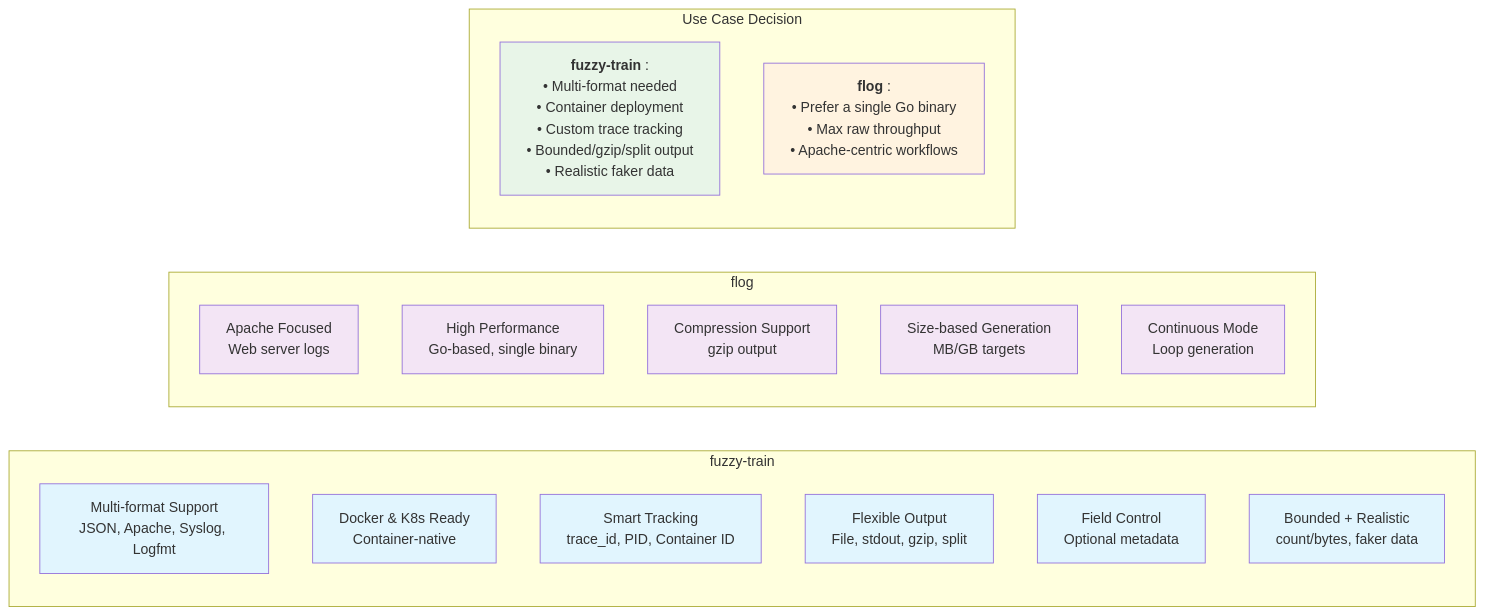
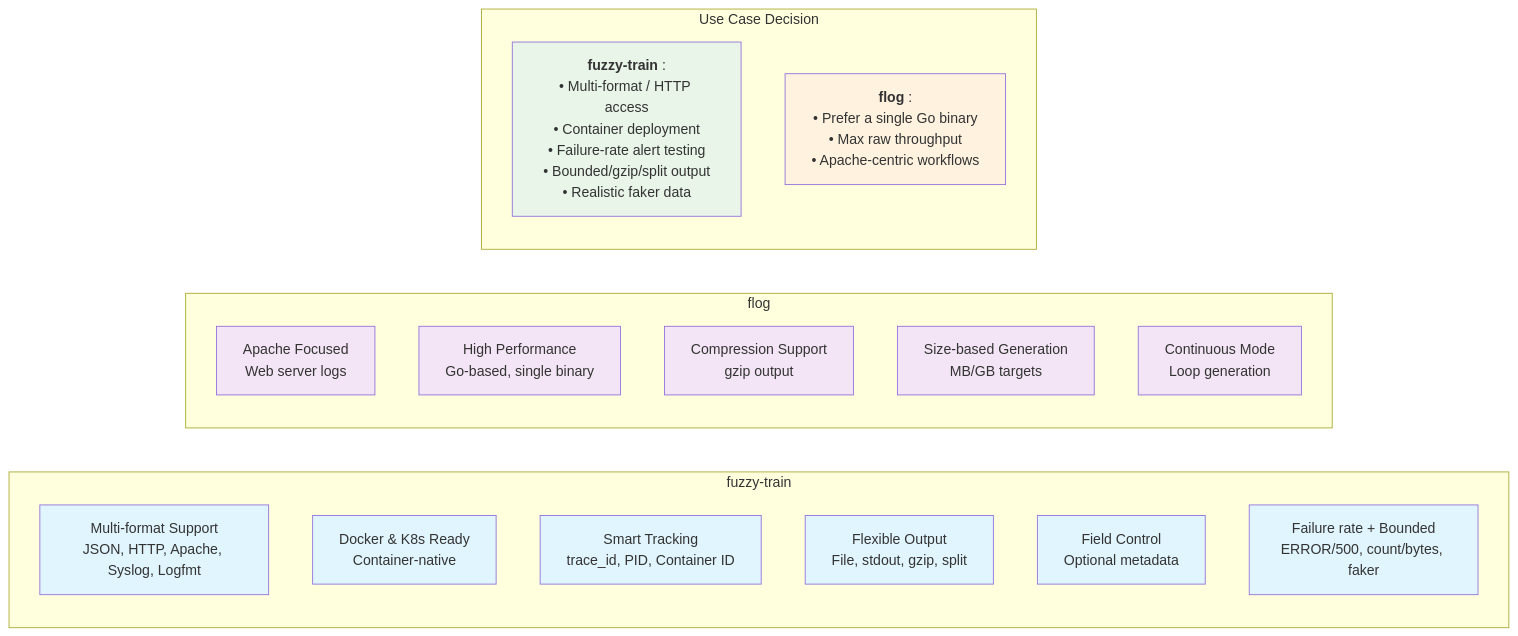
Before and after one commit to sagarnikam123/sagarnikam123.github.io: the third of 7 diagrams in _posts/2025-08-15-generate-fake-logs.md, drawn with Mermaid. The commit also changed other lines of this file, not shown here.

Commit message:
feat: failure rate & http access feature

````diff
--- a/_posts/2025-08-15-generate-fake-logs.md
+++ b/_posts/2025-08-15-generate-fake-logs.md
@@ -344,39 +367,39 @@
 ```mermaid
 graph LR
     subgraph "fuzzy-train"
-        A1[Multi-format Support<br/>JSON, Apache, Syslog, Logfmt]
+        A1[Multi-format Support<br/>JSON, HTTP, Apache, Syslog, Logfmt]
         A2[Docker & K8s Ready<br/>Container-native]
         A3[Smart Tracking<br/>trace_id, PID, Container ID]
         A4[Flexible Output<br/>File, stdout, gzip, split]
         A5[Field Control<br/>Optional metadata]
-        A6[Bounded + Realistic<br/>count/bytes, faker data]
+        A6[Failure rate + Bounded<br/>ERROR/500, count/bytes, faker]
     end
 
     subgraph "flog"
         B1[Apache Focused<br/>Web server logs]
         B2[High Performance<br/>Go-based, single binary]
         B3[Compression Support<br/>gzip output]
         B4[Size-based Generation<br/>MB/GB targets]
         B5[Continuous Mode<br/>Loop generation]
     end
 
     subgraph "Use Case Decision"
-        C1[<b>fuzzy-train</b> :<br/>• Multi-format needed<br/>• Container deployment<br/>• Custom trace tracking<br/>• Bounded/gzip/split output<br/>• Realistic faker data]
+        C1[<b>fuzzy-train</b> :<br/>• Multi-format / HTTP access<br/>• Container deployment<br/>• Failure-rate alert testing<br/>• Bounded/gzip/split output<br/>• Realistic faker data]
 
         C2[<b>flog</b> :<br/>• Prefer a single Go binary<br/>• Max raw throughput<br/>• Apache-centric workflows]
     end
 
     style A1 fill:#e1f5fe
     style A2 fill:#e1f5fe
     style A3 fill:#e1f5fe
     style A4 fill:#e1f5fe
     style A5 fill:#e1f5fe
     style A6 fill:#e1f5fe
     style B1 fill:#f3e5f5
     style B2 fill:#f3e5f5
     style B3 fill:#f3e5f5
     style B4 fill:#f3e5f5
     style B5 fill:#f3e5f5
     style C1 fill:#e8f5e8
     style C2 fill:#fff3e0
 ```
````
